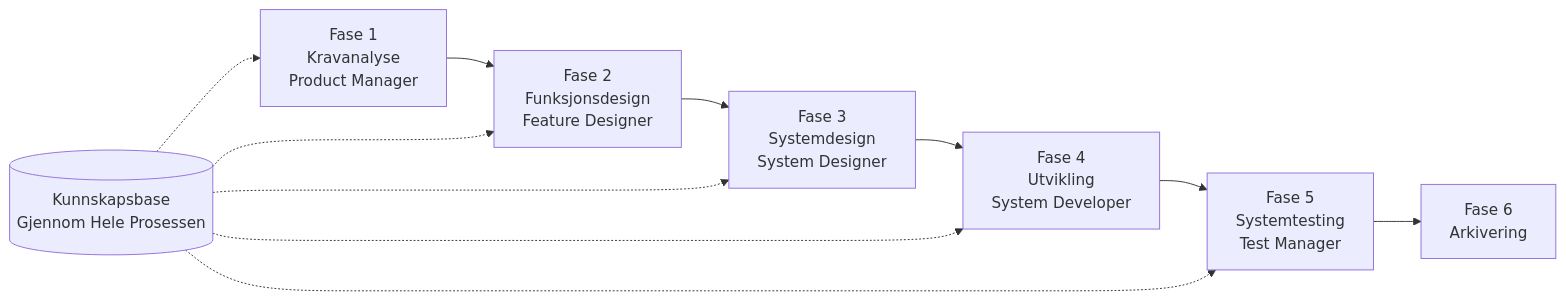
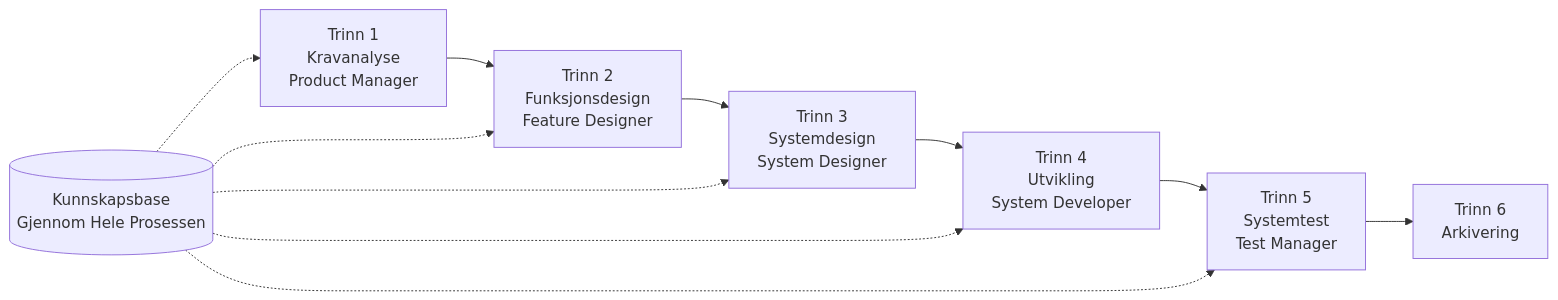
Before and after one commit to charlesmu99/speccrew: the diagram in docs/GETTING-STARTED.no.md, drawn with Mermaid. The commit also changed other lines of this file and 32 other files, not shown here.

Commit message:
feat(system-developer): optimize Agent definition and split desktop/review Skills

````diff
--- a/docs/GETTING-STARTED.no.md
+++ b/docs/GETTING-STARTED.no.md
@@ -70,14 +144,14 @@
 ```mermaid
 flowchart LR
-    PRD[Fase 1<br/>Kravanalyse<br/>Product Manager] --> FD[Fase 2<br/>Funksjonsdesign<br/>Feature Designer]
-    FD --> SD[Fase 3<br/>Systemdesign<br/>System Designer]
-    SD --> DEV[Fase 4<br/>Utvikling<br/>System Developer]
-    DEV --> TEST[Fase 5<br/>Systemtesting<br/>Test Manager]
-    TEST --> ARCHIVE[Fase 6<br/>Arkivering]
+    PRD[Trinn 1<br/>Kravanalyse<br/>Product Manager] --> FD[Trinn 2<br/>Funksjonsdesign<br/>Feature Designer]
+    FD --> SD[Trinn 3<br/>Systemdesign<br/>System Designer]
+    SD --> DEV[Trinn 4<br/>Utvikling<br/>System Developer]
+    DEV --> TEST[Trinn 5<br/>Systemtest<br/>Test Manager]
+    TEST --> ARCHIVE[Trinn 6<br/>Arkivering]
     
     KB[(Kunnskapsbase<br/>Gjennom Hele Prosessen)] -.-> PRD
     KB -.-> FD
     KB -.-> SD
     KB -.-> DEV
     KB -.-> TEST
 ```
````
